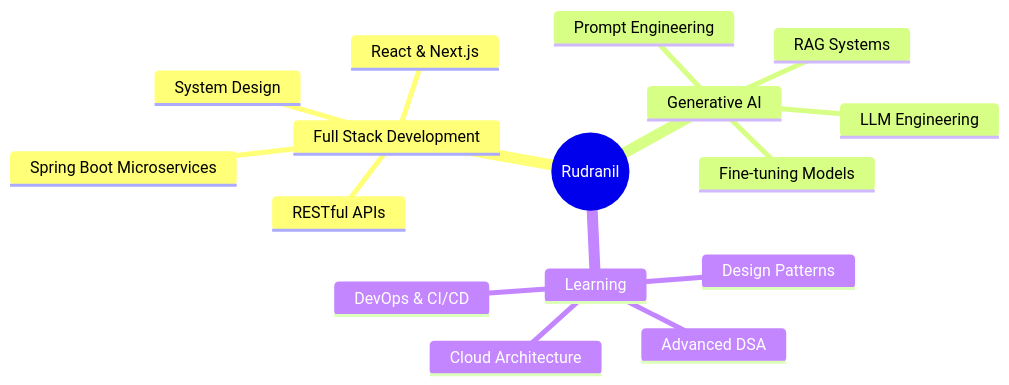
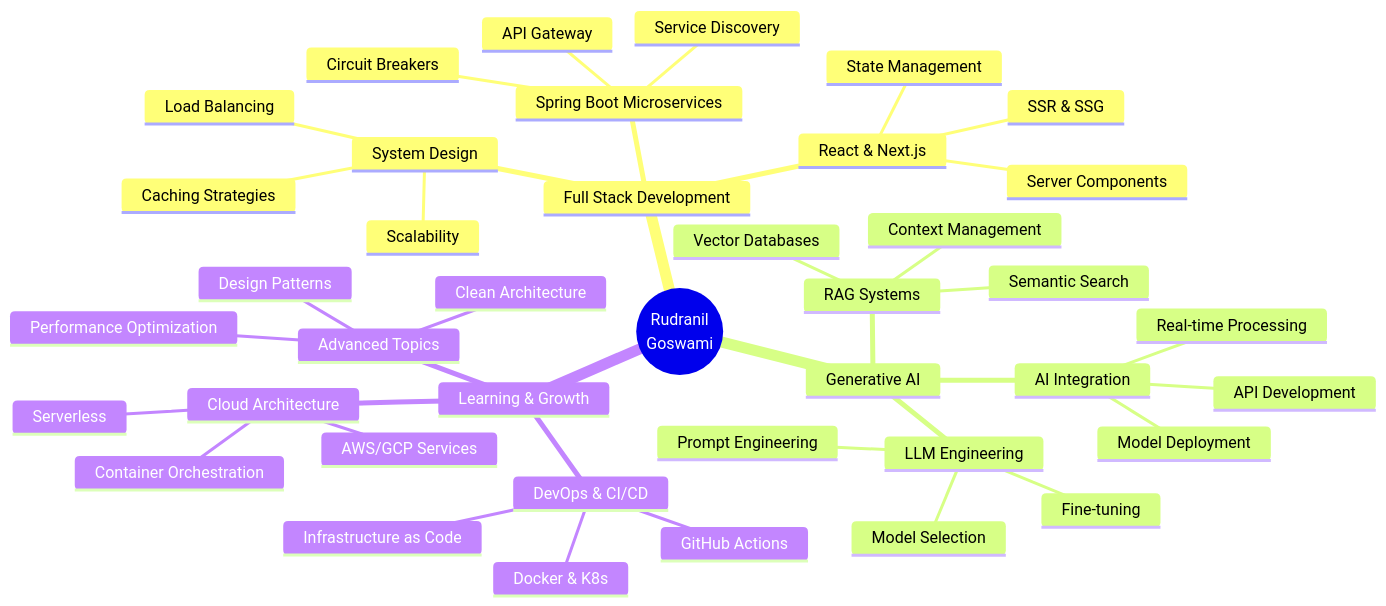
The second of 3 diagrams in README.md (rudra00434/rudra00434), drawn with Mermaid before and after one commit. The commit also changed other lines of this file, not shown here.

````diff
--- a/README.md
+++ b/README.md
@@ -167,19 +372,43 @@
 ```mermaid
 mindmap
-  root((Rudranil))
+  root((Rudranil<br/>Goswami))
     Full Stack Development
       Spring Boot Microservices
+        API Gateway
+        Service Discovery
+        Circuit Breakers
       React & Next.js
-      RESTful APIs
+        Server Components
+        SSR & SSG
+        State Management
       System Design
+        Scalability
+        Load Balancing
+        Caching Strategies
     Generative AI
       LLM Engineering
-      Prompt Engineering
+        Prompt Engineering
+        Fine-tuning
+        Model Selection
       RAG Systems
-      Fine-tuning Models
-    Learning
+        Vector Databases
+        Semantic Search
+        Context Management
+      AI Integration
+        API Development
+        Real-time Processing
+        Model Deployment
+    Learning & Growth
       Cloud Architecture
+        AWS/GCP Services
+        Serverless
+        Container Orchestration
       DevOps & CI/CD
-      Advanced DSA
-      Design Patterns
+        Docker & K8s
+        GitHub Actions
+        Infrastructure as Code
+      Advanced Topics
+        Design Patterns
+        Clean Architecture
+        Performance Optimization
 ```
````
